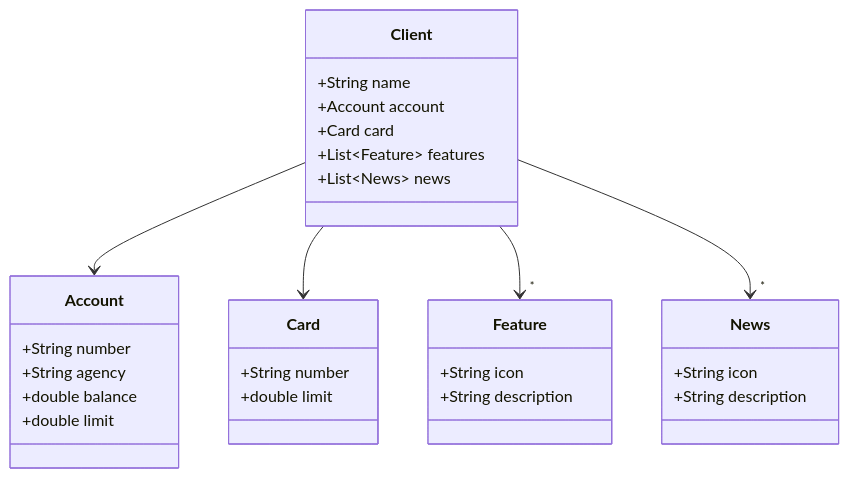
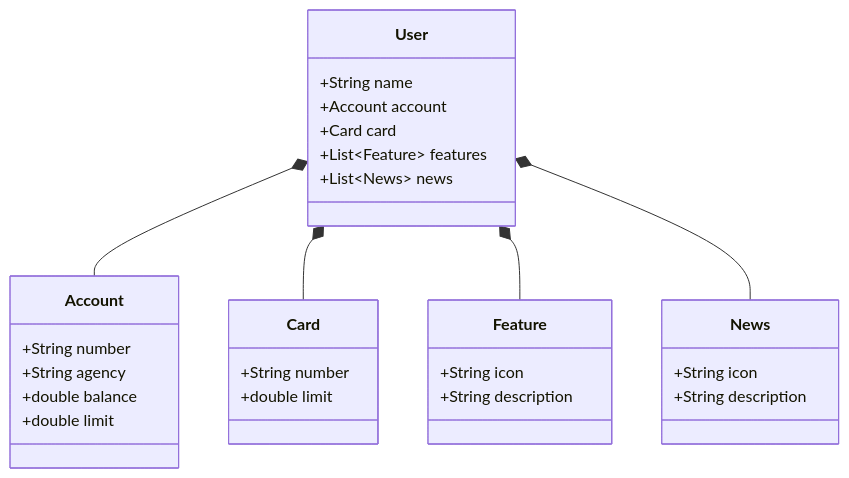
One commit to avitorvilela/application changed the diagram in README.md. Above: the diagram before and after it, drawn with Mermaid.

````diff
--- a/README.md
+++ b/README.md
@@ -6,38 +6,37 @@
 ```mermaid
 classDiagram
-    class Client {
+    class User {
         +String name
         +Account account
         +Card card
         +List~Feature~ features
         +List~News~ news
     }
 
     class Account {
         +String number
         +String agency
         +double balance
         +double limit
     }
 
     class Card {
         +String number
         +double limit
     }
 
     class Feature {
         +String icon
         +String description
     }
 
     class News {
         +String icon
         +String description
     }
 
-    Client --> Account
-    Client --> Card
-    Client --> "*" Feature
-    Client --> "*" News
-
+    User *-- Account
+    User *-- Card
+    User *-- Feature
+    User *-- News
 ```
````
